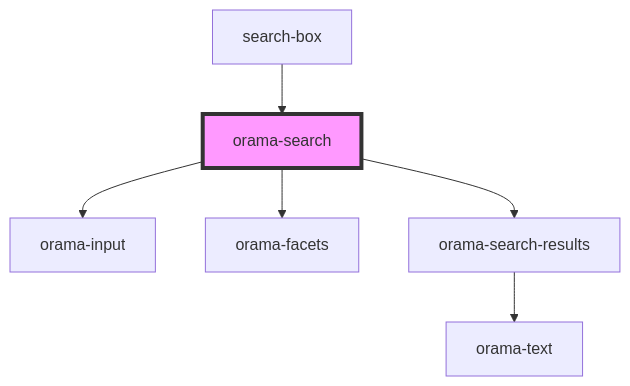
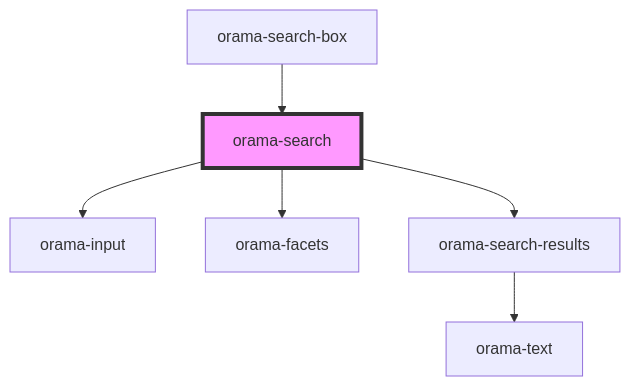
The diagram in packages/ui-stencil/src/components/internal/orama-search/readme.md (askorama/orama-ui-components), drawn with Mermaid before and after one commit. The commit also changed other lines of this file and 29 other files, not shown here.

````diff
--- a/packages/ui-stencil/src/components/internal/orama-search/readme.md
+++ b/packages/ui-stencil/src/components/internal/orama-search/readme.md
@@ -21,9 +21,9 @@
 ```mermaid
 graph TD;
   orama-search --> orama-input
   orama-search --> orama-facets
   orama-search --> orama-search-results
   orama-search-results --> orama-text
-  search-box --> orama-search
+  orama-search-box --> orama-search
   style orama-search fill:#f9f,stroke:#333,stroke-width:4px
 ```
````
